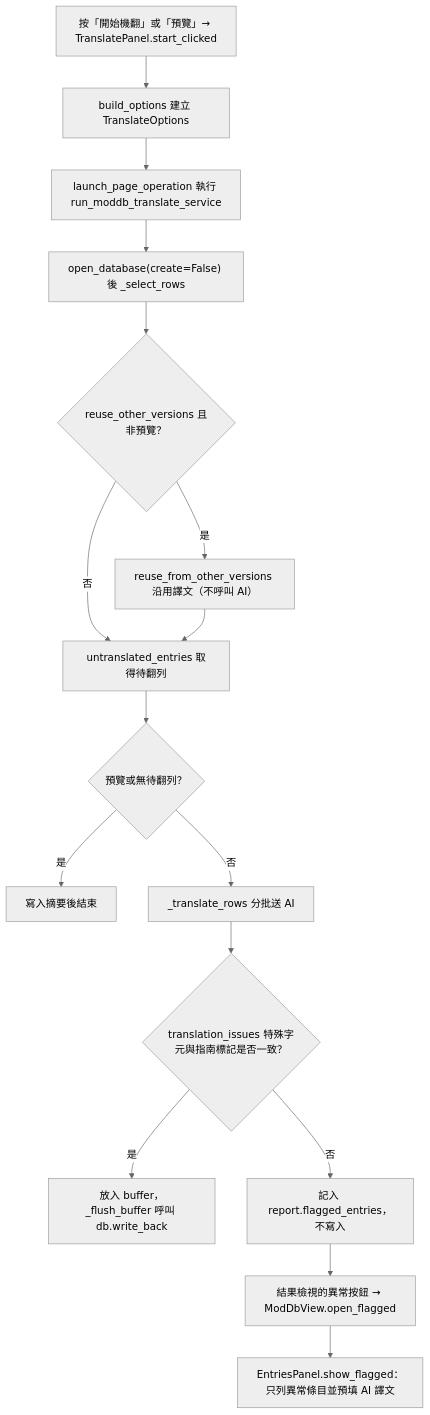
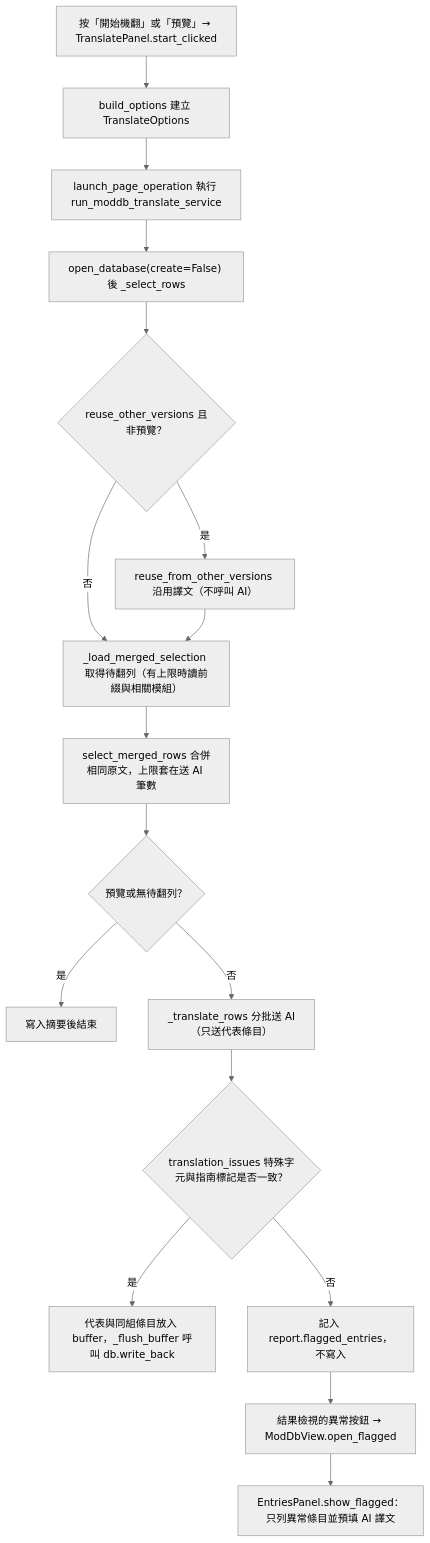
One commit to jlin53882/Minecraft-translate changed the sixth of 8 diagrams in docs/page_flows/moddb.md. Above: the diagram before and after it, drawn with Mermaid (neutral theme). The commit also changed other lines of this file and 14 other files, not shown here.

````diff
--- a/docs/page_flows/moddb.md
+++ b/docs/page_flows/moddb.md
@@ -262,18 +262,19 @@
 ```mermaid
 flowchart TD
     A["按「開始機翻」或「預覽」→ TranslatePanel.start_clicked"] --> B["build_options 建立 TranslateOptions"]
     B --> C["launch_page_operation 執行 run_moddb_translate_service"]
     C --> D["open_database(create=False) 後 _select_rows"]
     D --> E{"reuse_other_versions 且非預覽？"}
     E -- 是 --> F["reuse_from_other_versions 沿用譯文（不呼叫 AI）"]
-    E -- 否 --> G["untranslated_entries 取得待翻列"]
+    E -- 否 --> G["_load_merged_selection 取得待翻列（有上限時讀前綴與相關模組）"]
     F --> G
-    G --> H{"預覽或無待翻列？"}
+    G --> G2["select_merged_rows 合併相同原文，上限套在送 AI 筆數"]
+    G2 --> H{"預覽或無待翻列？"}
     H -- 是 --> I["寫入摘要後結束"]
-    H -- 否 --> J["_translate_rows 分批送 AI"]
+    H -- 否 --> J["_translate_rows 分批送 AI（只送代表條目）"]
     J --> K{"translation_issues 特殊字元與指南標記是否一致？"}
-    K -- 是 --> L["放入 buffer，_flush_buffer 呼叫 db.write_back"]
+    K -- 是 --> L["代表與同組條目放入 buffer，_flush_buffer 呼叫 db.write_back"]
     K -- 否 --> M["記入 report.flagged_entries，不寫入"]
     M --> N["結果檢視的異常按鈕 → ModDbView.open_flagged"]
     N --> O["EntriesPanel.show_flagged：只列異常條目並預填 AI 譯文"]
 ```
````
